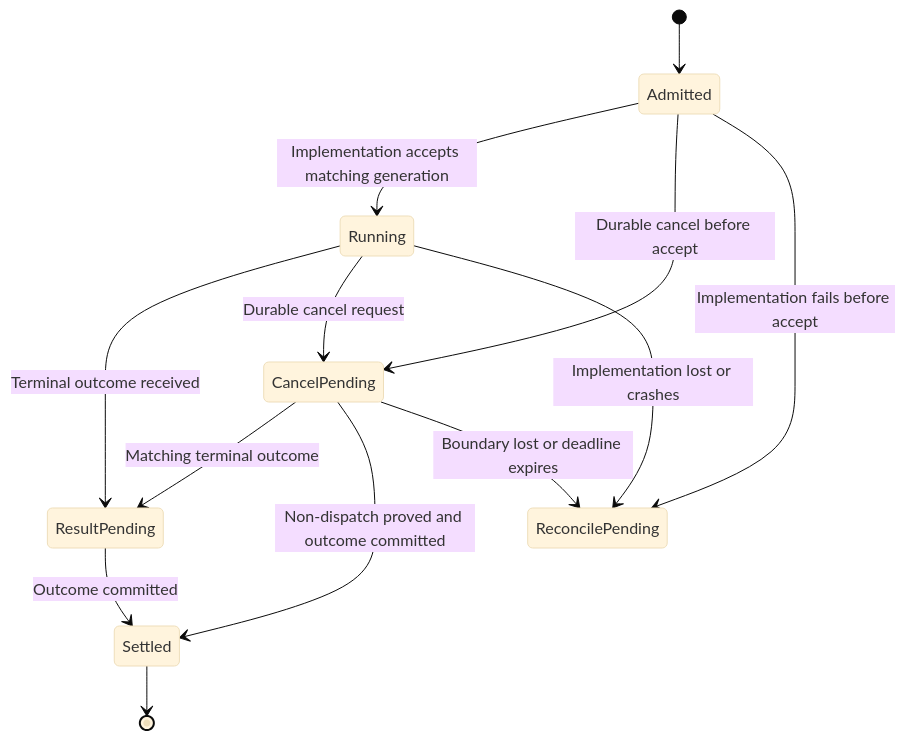
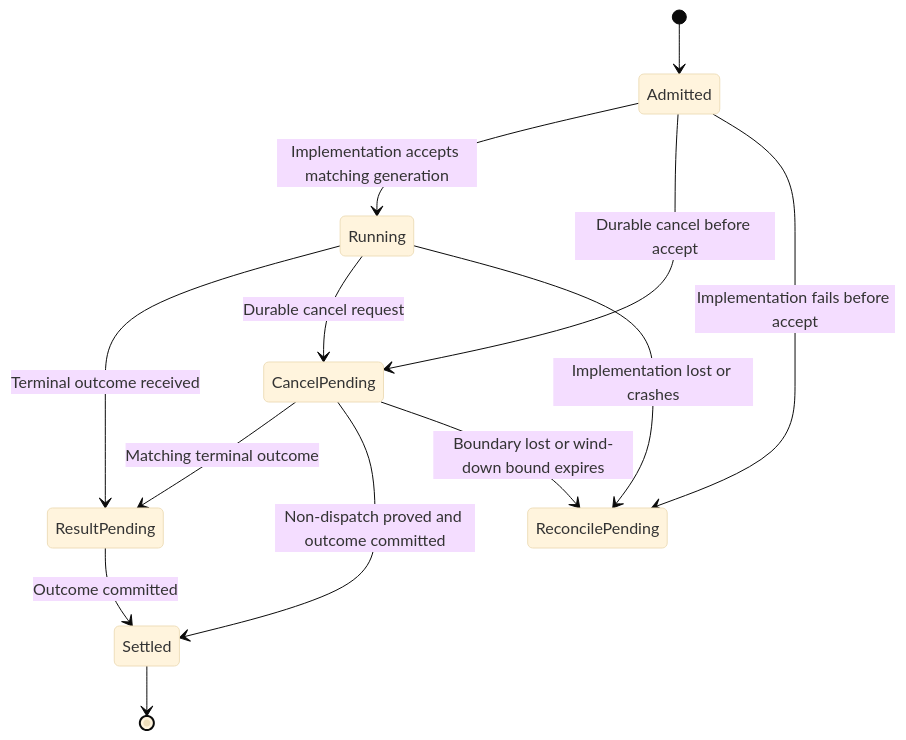
The eighth of 11 diagrams in docs/designs/swift-rust-boundary.md (pidster/asura), drawn with Mermaid (base theme) before and after one commit. The commit also changed other lines of this file and 39 other files, not shown here.

````diff
--- a/docs/designs/swift-rust-boundary.md
+++ b/docs/designs/swift-rust-boundary.md
@@ -580,15 +590,15 @@
 ```mermaid
 stateDiagram-v2
     [*] --> Admitted
     Admitted --> Running: Implementation accepts matching generation
     Admitted --> CancelPending: Durable cancel before accept
     Admitted --> ReconcilePending: Implementation fails before accept
     Running --> ResultPending: Terminal outcome received
     Running --> CancelPending: Durable cancel request
     CancelPending --> ResultPending: Matching terminal outcome
     CancelPending --> Settled: Non-dispatch proved and outcome committed
-    CancelPending --> ReconcilePending: Boundary lost or deadline expires
+    CancelPending --> ReconcilePending: Boundary lost or wind-down bound expires
     Running --> ReconcilePending: Implementation lost or crashes
     ResultPending --> Settled: Outcome committed
     Settled --> [*]
 ```
````
